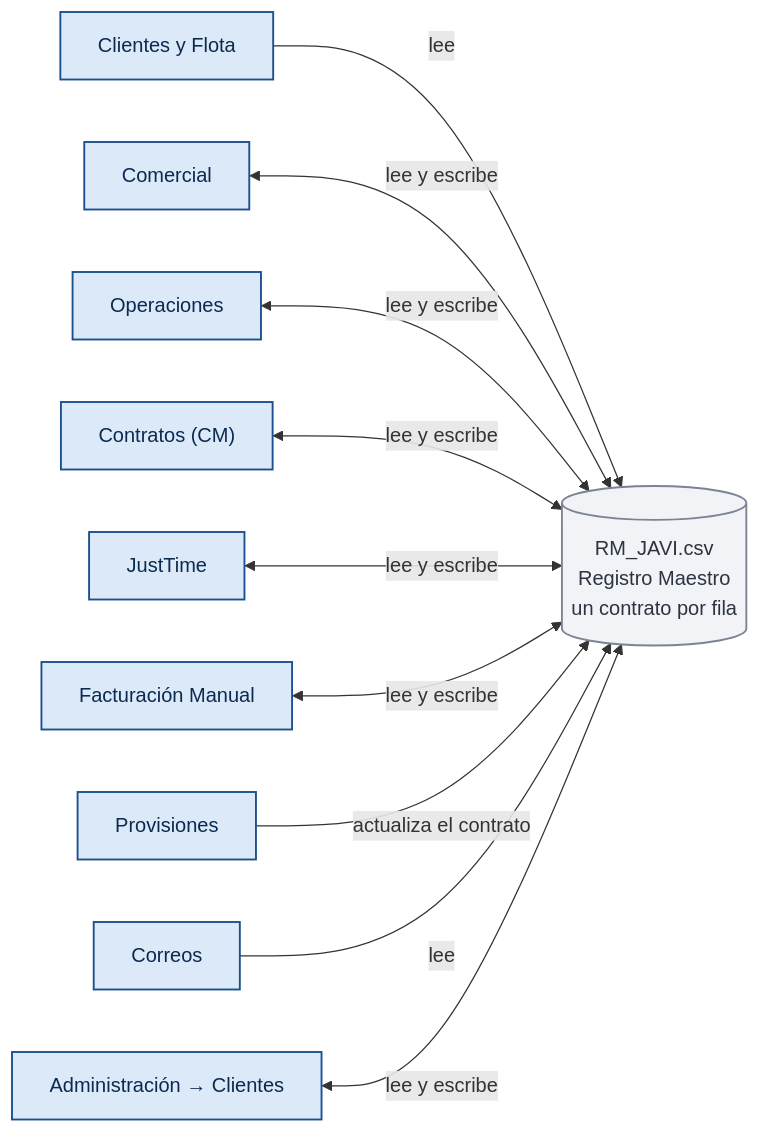
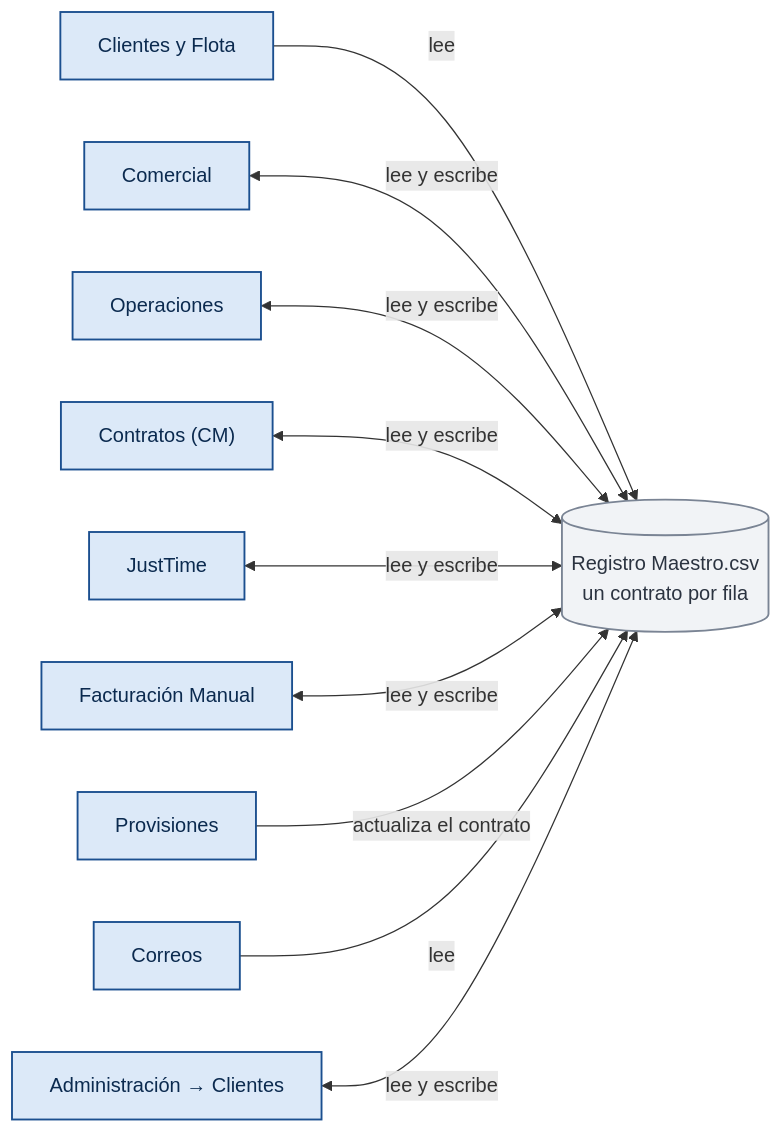
Before and after one commit to felipeMon20/PTY4614-302-EQUIPO-2: the eighth of 31 diagrams in Fase 2/Evidencias Proyecto/Evidencias de documentación/docs/08. Arquitectura Visual y Diagramas.md, drawn with Mermaid. The commit also changed other lines of this file and 315 other files, not shown here.

````diff
--- a/Fase 2/Evidencias Proyecto/Evidencias de documentación/docs/08. Arquitectura Visual y Diagramas.md
+++ b/Fase 2/Evidencias Proyecto/Evidencias de documentación/docs/08. Arquitectura Visual y Diagramas.md
@@ -274,21 +276,21 @@
 ```mermaid
 flowchart LR
-    RM[("RM_JAVI.csv<br/>Registro Maestro<br/>un contrato por fila")]:::archivo
+    RM[("Registro Maestro.csv<br/>un contrato por fila")]:::archivo
     GEN["Clientes y Flota"]:::pantalla -->|lee| RM
     COM["Comercial"]:::pantalla <-->|lee y escribe| RM
     OPE["Operaciones"]:::pantalla <-->|lee y escribe| RM
     CMS["Contratos (CM)"]:::pantalla <-->|lee y escribe| RM
     JTI["JustTime"]:::pantalla <-->|lee y escribe| RM
     FMA["Facturación Manual"]:::pantalla <-->|lee y escribe| RM
     PRO["Provisiones"]:::pantalla -->|actualiza el contrato| RM
     COR["Correos"]:::pantalla -->|lee| RM
     CLI["Administración → Clientes"]:::pantalla <-->|lee y escribe| RM
     classDef pantalla fill:#DCE9F8,stroke:#1B4F8F,color:#0B2A4F,stroke-width:1.5px
     classDef grupo fill:#1B4F8F,stroke:#0B2A4F,color:#FFFFFF,stroke-width:1.5px
     classDef accion fill:#E3F4E8,stroke:#2E7D4F,color:#14452A,stroke-width:1.5px
     classDef archivo fill:#F1F3F6,stroke:#7A8494,color:#2B3340,stroke-width:1.5px
     classDef externo fill:#EDE7F6,stroke:#6B4FA8,color:#3A2670,stroke-width:1.5px
     classDef alerta fill:#FDECEC,stroke:#B3372F,color:#6E1712,stroke-width:1.5px
     classDef aviso fill:#FFF4D6,stroke:#B58100,color:#5C4300,stroke-width:1.5px
     classDef neutro fill:#FFFFFF,stroke:#8A94A6,color:#2B3340,stroke-width:1.5px
 ```
````
